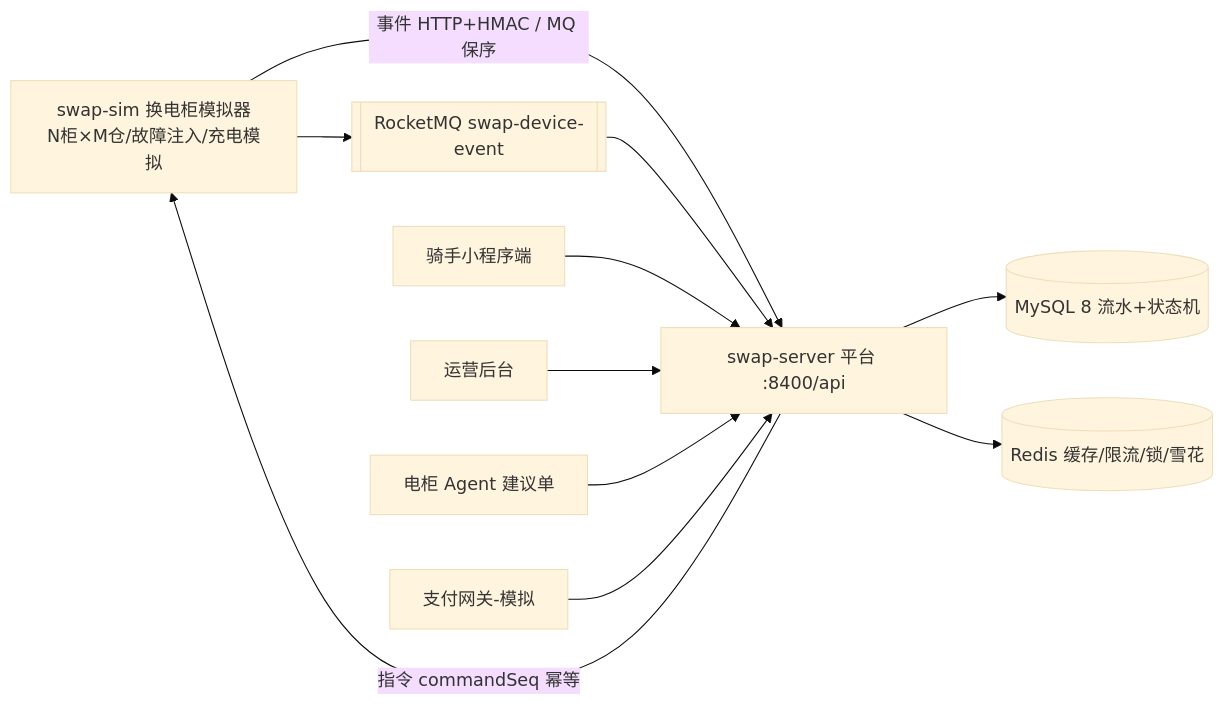
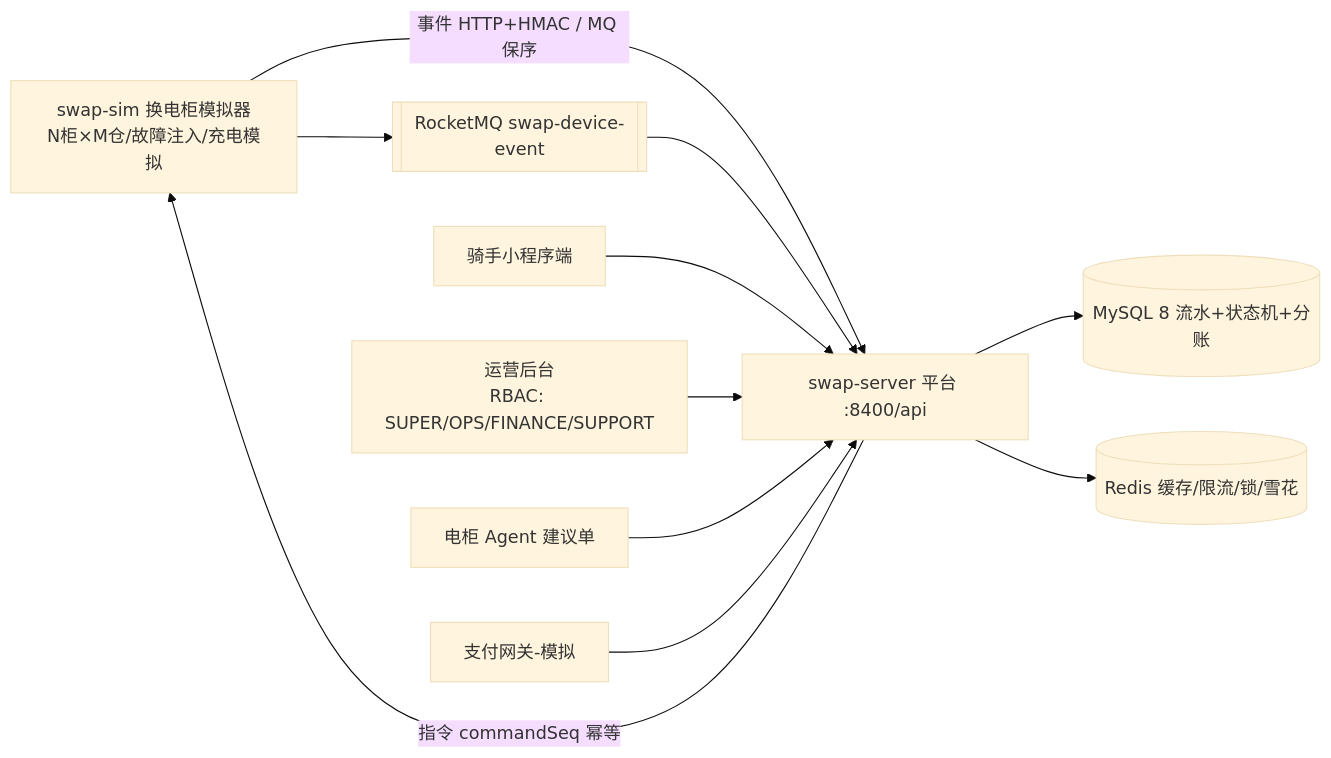
The diagram in README.md (WhereLee/battery-swap-ops), drawn with Mermaid (base theme) before and after one commit. The commit also changed other lines of this file and 9 other files, not shown here.

````diff
--- a/README.md
+++ b/README.md
@@ -18,13 +21,13 @@
 ```mermaid
 flowchart LR
     SIM[swap-sim 换电柜模拟器<br/>N柜×M仓/故障注入/充电模拟] -->|事件 HTTP+HMAC / MQ 保序| SERVER
     MQ[[RocketMQ swap-device-event]] --> SERVER
     SERVER[swap-server 平台 :8400/api] -->|指令 commandSeq 幂等| SIM
     USER[骑手小程序端] --> SERVER
-    ADMIN[运营后台] --> SERVER
+    ADMIN[运营后台<br/>RBAC: SUPER/OPS/FINANCE/SUPPORT] --> SERVER
     AGENT[电柜 Agent 建议单] --> SERVER
     PAY[支付网关-模拟] --> SERVER
-    SERVER --> DB[(MySQL 8 流水+状态机)]
+    SERVER --> DB[(MySQL 8 流水+状态机+分账)]
     SERVER --> RD[(Redis 缓存/限流/锁/雪花)]
     SIM --> MQ
 ```
````
